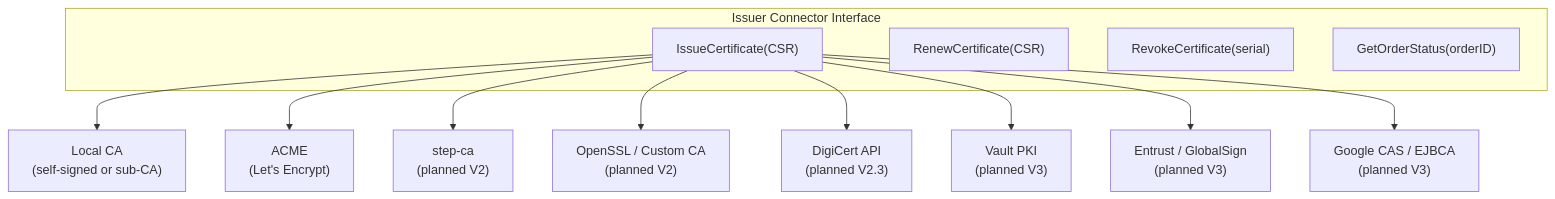
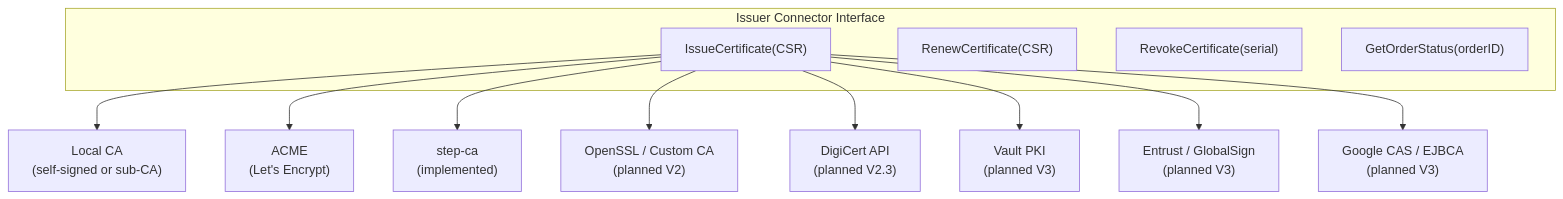
The second of 6 diagrams in docs/demo-advanced.md (certctl-io/certctl), drawn with Mermaid before and after one commit. The commit also changed other lines of this file and 5 other files, not shown here.

````diff
--- a/docs/demo-advanced.md
+++ b/docs/demo-advanced.md
@@ -121,18 +121,18 @@
 ```mermaid
 flowchart TD
     subgraph "Issuer Connector Interface"
         A["IssueCertificate(CSR)"]
         B["RenewCertificate(CSR)"]
         C["RevokeCertificate(serial)"]
         D["GetOrderStatus(orderID)"]
     end
 
     A --> E["Local CA\n(self-signed or sub-CA)"]
     A --> F["ACME\n(Let's Encrypt)"]
-    A --> G["step-ca\n(planned V2)"]
+    A --> G["step-ca\n(implemented)"]
     A --> H["OpenSSL / Custom CA\n(planned V2)"]
     A --> J["DigiCert API\n(planned V2.3)"]
     A --> K["Vault PKI\n(planned V3)"]
     A --> L["Entrust / GlobalSign\n(planned V3)"]
     A --> M["Google CAS / EJBCA\n(planned V3)"]
 ```
````
